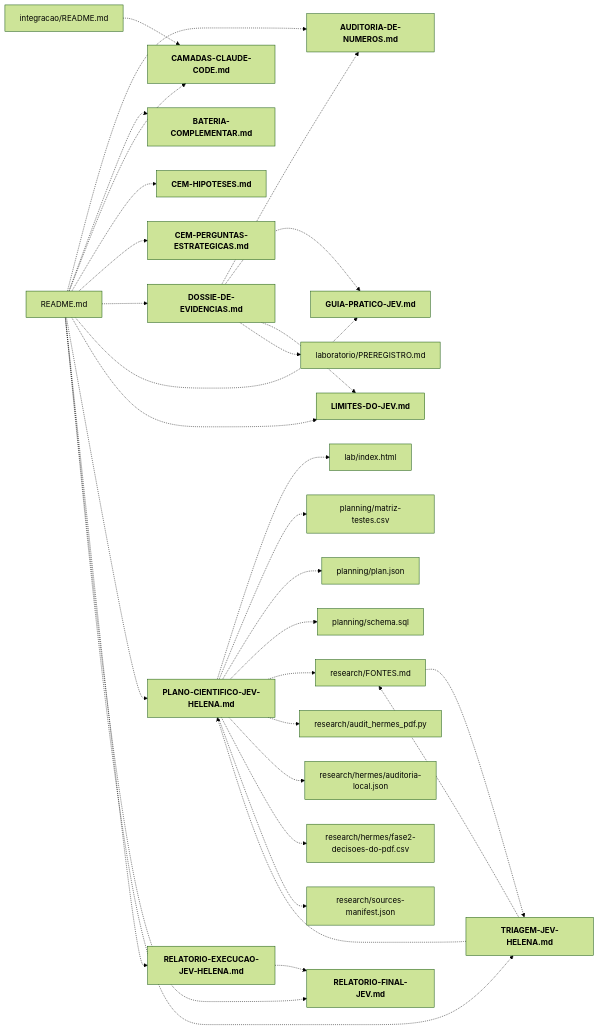
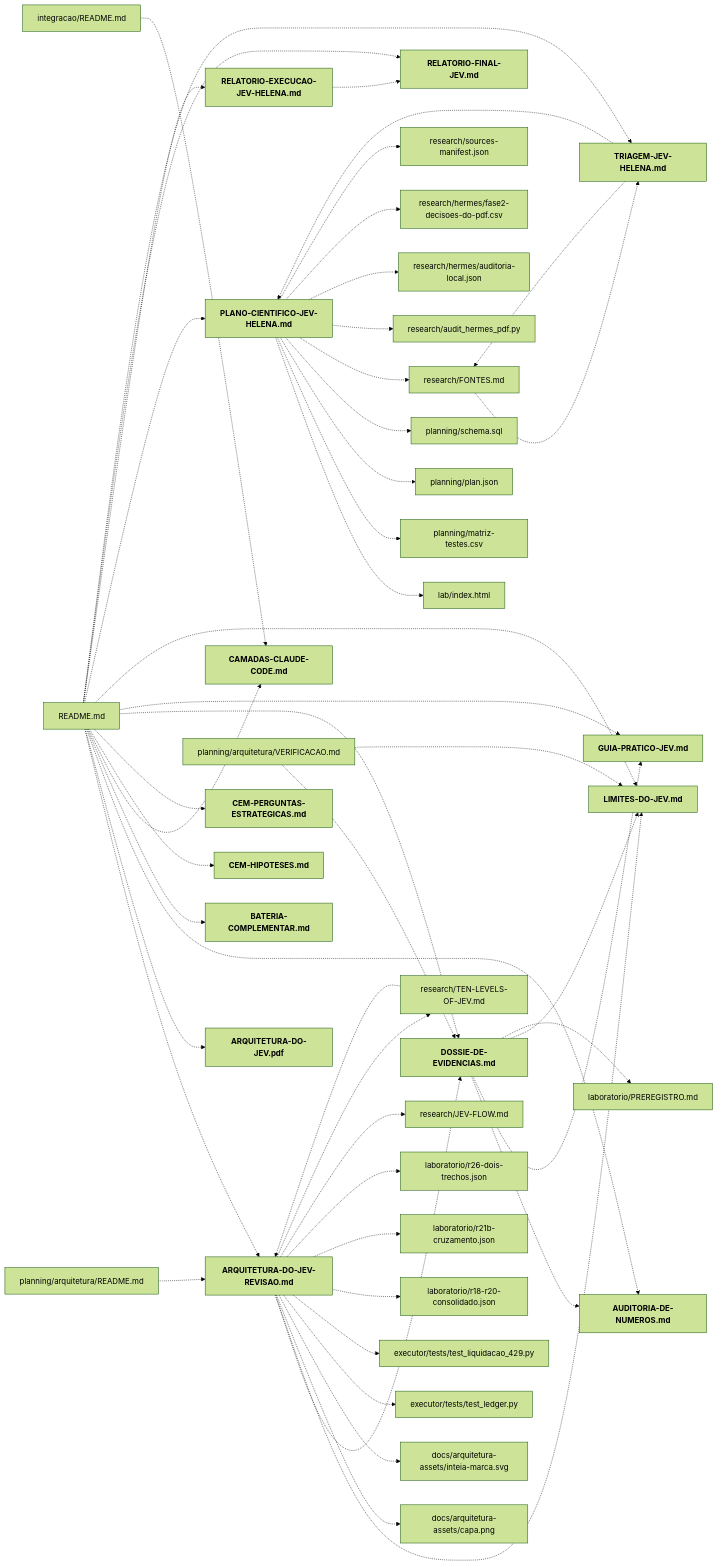
The diagram in mapa/pastas/docs.md (igormorais123/JEV), drawn with Mermaid (forest theme) before and after one commit. The commit also changed other lines of this file and 109 other files, not shown here.

Commit message:
Integra material de arquitetura INTEIA, referências e ferramentas JEV

````diff
--- a/mapa/pastas/docs.md
+++ b/mapa/pastas/docs.md
@@ -28,6 +36,8 @@
 ```mermaid
 flowchart LR
   n_README_md["README.md"]
+  n_docs_ARQUITETURA_DO_JEV_REVISAO_md["<b>ARQUITETURA-DO-JEV-REVISAO.md</b>"]
+  n_docs_ARQUITETURA_DO_JEV_pdf["<b>ARQUITETURA-DO-JEV.pdf</b>"]
   n_docs_AUDITORIA_DE_NUMEROS_md["<b>AUDITORIA-DE-NUMEROS.md</b>"]
   n_docs_BATERIA_COMPLEMENTAR_md["<b>BATERIA-COMPLEMENTAR.md</b>"]
   n_docs_CAMADAS_CLAUDE_CODE_md["<b>CAMADAS-CLAUDE-CODE.md</b>"]
@@ -40,17 +50,30 @@
   n_docs_RELATORIO_EXECUCAO_JEV_HELENA_md["<b>RELATORIO-EXECUCAO-JEV-HELENA.md</b>"]
   n_docs_RELATORIO_FINAL_JEV_md["<b>RELATORIO-FINAL-JEV.md</b>"]
   n_docs_TRIAGEM_JEV_HELENA_md["<b>TRIAGEM-JEV-HELENA.md</b>"]
+  n_docs_arquitetura_assets_capa_png["docs/arquitetura-assets/capa.png"]
+  n_docs_arquitetura_assets_inteia_marca_svg["docs/arquitetura-assets/inteia-marca.svg"]
+  n_executor_tests_test_ledger_py["executor/tests/test_ledger.py"]
+  n_executor_tests_test_liquidacao_429_py["executor/tests/test_liquidacao_429.py"]
   n_integracao_README_md["integracao/README.md"]
   n_lab_index_html["lab/index.html"]
   n_laboratorio_PREREGISTRO_md["laboratorio/PREREGISTRO.md"]
+  n_laboratorio_r18_r20_consolidado_json["laboratorio/r18-r20-consolidado.json"]
+  n_laboratorio_r21b_cruzamento_json["laboratorio/r21b-cruzamento.json"]
+  n_laboratorio_r26_dois_trechos_json["laboratorio/r26-dois-trechos.json"]
+  n_planning_arquitetura_README_md["planning/arquitetura/README.md"]
+  n_planning_arquitetura_VERIFICACAO_md["planning/arquitetura/VERIFICACAO.md"]
   n_planning_matriz_testes_csv["planning/matriz-testes.csv"]
   n_planning_plan_json["planning/plan.json"]
   n_planning_schema_sql["planning/schema.sql"]
   n_research_FONTES_md["research/FONTES.md"]
+  n_research_JEV_FLOW_md["research/JEV-FLOW.md"]
+  n_research_TEN_LEVELS_OF_JEV_md["research/TEN-LEVELS-OF-JEV.md"]
   n_research_audit_hermes_pdf_py["research/audit_hermes_pdf.py"]
   n_research_hermes_auditoria_local_json["research/hermes/auditoria-local.json"]
   n_research_hermes_fase2_decisoes_do_pdf_csv["research/hermes/fase2-decisoes-do-pdf.csv"]
   n_research_sources_manifest_json["research/sources-manifest.json"]
+  n_README_md -.-> n_docs_ARQUITETURA_DO_JEV_REVISAO_md
+  n_README_md -.-> n_docs_ARQUITETURA_DO_JEV_pdf
   n_README_md -.-> n_docs_AUDITORIA_DE_NUMEROS_md
   n_README_md -.-> n_docs_BATERIA_COMPLEMENTAR_md
   n_README_md -.-> n_docs_CAMADAS_CLAUDE_CODE_md
@@ -63,6 +86,17 @@
   n_README_md -.-> n_docs_RELATORIO_EXECUCAO_JEV_HELENA_md
   n_README_md -.-> n_docs_RELATORIO_FINAL_JEV_md
   n_README_md -.-> n_docs_TRIAGEM_JEV_HELENA_md
+  n_docs_ARQUITETURA_DO_JEV_REVISAO_md -.-> n_docs_DOSSIE_DE_EVIDENCIAS_md
+  n_docs_ARQUITETURA_DO_JEV_REVISAO_md -.-> n_docs_LIMITES_DO_JEV_md
+  n_docs_ARQUITETURA_DO_JEV_REVISAO_md -.-> n_docs_arquitetura_assets_capa_png
+  n_docs_ARQUITETURA_DO_JEV_REVISAO_md -.-> n_docs_arquitetura_assets_inteia_marca_svg
+  n_docs_ARQUITETURA_DO_JEV_REVISAO_md -.-> n_executor_tests_test_ledger_py
+  n_docs_ARQUITETURA_DO_JEV_REVISAO_md -.-> n_executor_tests_test_liquidacao_429_py
+  n_docs_ARQUITETURA_DO_JEV_REVISAO_md -.-> n_laboratorio_r18_r20_consolidado_json
+  n_docs_ARQUITETURA_DO_JEV_REVISAO_md -.-> n_laboratorio_r21b_cruzamento_json
+  n_docs_ARQUITETURA_DO_JEV_REVISAO_md -.-> n_laboratorio_r26_dois_trechos_json
+  n_docs_ARQUITETURA_DO_JEV_REVISAO_md -.-> n_research_JEV_FLOW_md
+  n_docs_ARQUITETURA_DO_JEV_REVISAO_md -.-> n_research_TEN_LEVELS_OF_JEV_md
   n_docs_DOSSIE_DE_EVIDENCIAS_md -.-> n_docs_AUDITORIA_DE_NUMEROS_md
   n_docs_DOSSIE_DE_EVIDENCIAS_md -.-> n_docs_GUIA_PRATICO_JEV_md
   n_docs_DOSSIE_DE_EVIDENCIAS_md -.-> n_docs_LIMITES_DO_JEV_md
@@ -80,5 +114,9 @@
   n_docs_TRIAGEM_JEV_HELENA_md -.-> n_docs_PLANO_CIENTIFICO_JEV_HELENA_md
   n_docs_TRIAGEM_JEV_HELENA_md -.-> n_research_FONTES_md
   n_integracao_README_md -.-> n_docs_CAMADAS_CLAUDE_CODE_md
+  n_planning_arquitetura_README_md -.-> n_docs_ARQUITETURA_DO_JEV_REVISAO_md
+  n_planning_arquitetura_VERIFICACAO_md -.-> n_docs_DOSSIE_DE_EVIDENCIAS_md
+  n_planning_arquitetura_VERIFICACAO_md -.-> n_docs_LIMITES_DO_JEV_md
   n_research_FONTES_md -.-> n_docs_TRIAGEM_JEV_HELENA_md
+  n_research_TEN_LEVELS_OF_JEV_md -.-> n_docs_ARQUITETURA_DO_JEV_REVISAO_md
 ```
````
